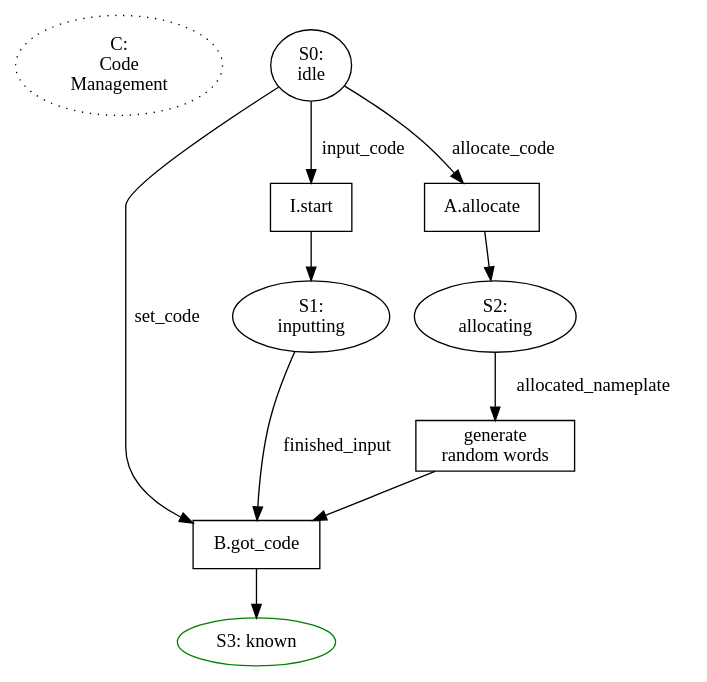
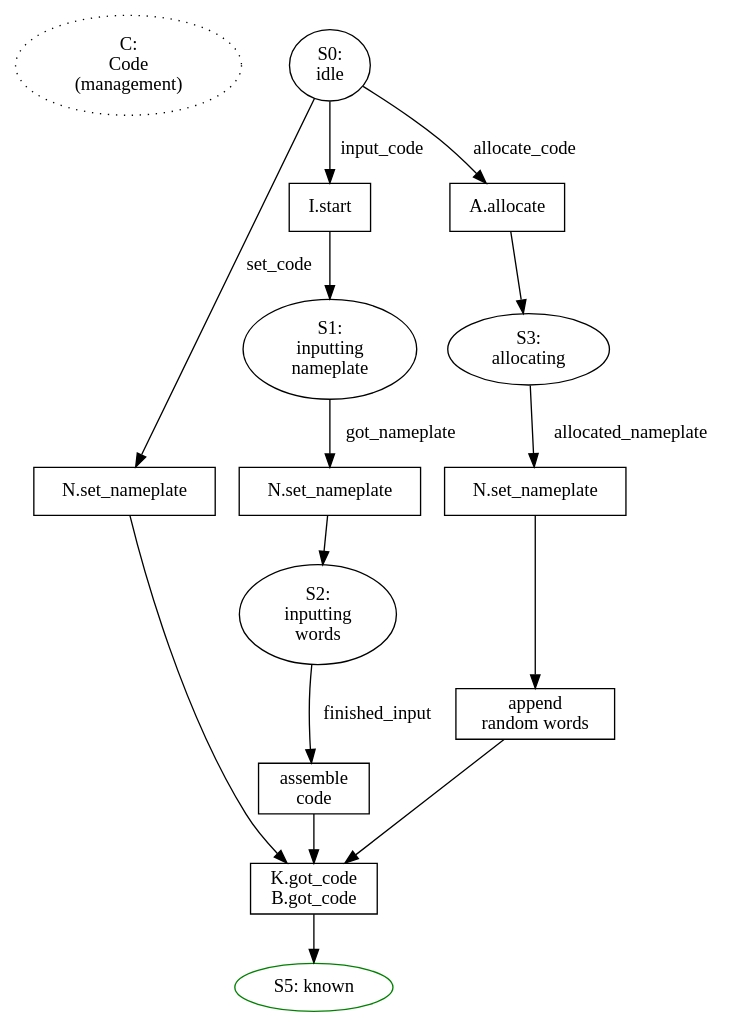
The diagram in docs/state-machines/code.dot (magic-wormhole/magic-wormhole), drawn with Graphviz before and after one commit. The commit also changed 12 other files, not shown here.

```diff
--- a/docs/state-machines/code.dot
+++ b/docs/state-machines/code.dot
@@ -1,27 +1,39 @@
 digraph {
 
-        start [label="C:\nCode\nManagement" style="dotted"]
+        start [label="C:\nCode\n(management)" style="dotted"]
         {rank=same; start S0}
         start -> S0 [style="invis"]
         S0 [label="S0:\nidle"]
         S0 -> P0_got_code [label="set_code"]
-        P0_got_code [shape="box" label="B.got_code"]
-        P0_got_code -> S3
-        S3 [label="S3: known" color="green"]
+        P0_got_code [shape="box" label="N.set_nameplate"]
+        P0_got_code -> P_done
+        P_done [shape="box" label="K.got_code\nB.got_code"]
+        P_done -> S5
+        S5 [label="S5: known" color="green"]
 
-        {rank=same; S1_inputting S2_allocating}
+        {rank=same; S1_inputting_nameplate S3_allocating}
+        {rank=same; P0_got_code P1_set_nameplate P3_got_nameplate}
         S0 -> P_input [label="input_code"]
         P_input [shape="box" label="I.start"]
-        P_input -> S1_inputting
-        S1_inputting [label="S1:\ninputting"]
-        S1_inputting -> P0_got_code [label="finished_input"]
+        P_input -> S1_inputting_nameplate
+        S1_inputting_nameplate [label="S1:\ninputting\nnameplate"]
+        S1_inputting_nameplate -> P1_set_nameplate [label="got_nameplate"]
+        P1_set_nameplate [shape="box" label="N.set_nameplate"]
+        P1_set_nameplate -> S2_inputting_words
+        S2_inputting_words [label="S2:\ninputting\nwords"]
+        S2_inputting_words -> P1_got_words [label="finished_input"]
+        P1_got_words [shape="box" label="assemble\ncode"]
+        P1_got_words -> P_done
+        P_done
 
         S0 -> P_allocate [label="allocate_code"]
         P_allocate [shape="box" label="A.allocate"]
-        P_allocate -> S2_allocating
-        S2_allocating [label="S2:\nallocating"]
-        S2_allocating -> P1_generate [label="allocated_nameplate"]
-        P1_generate [shape="box" label="generate\nrandom words"]
-        P1_generate -> P0_got_code
+        P_allocate -> S3_allocating
+        S3_allocating [label="S3:\nallocating"]
+        S3_allocating -> P3_got_nameplate [label="allocated_nameplate"]
+        P3_got_nameplate [shape="box" label="N.set_nameplate"]
+        P3_got_nameplate -> P3_generate
+        P3_generate [shape="box" label="append\nrandom words"]
+        P3_generate -> P_done
 
 }
```
